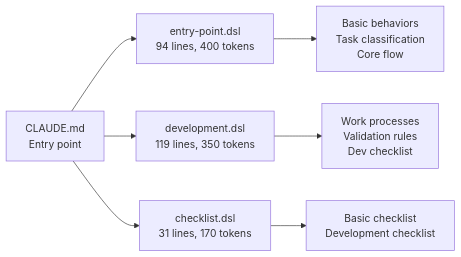
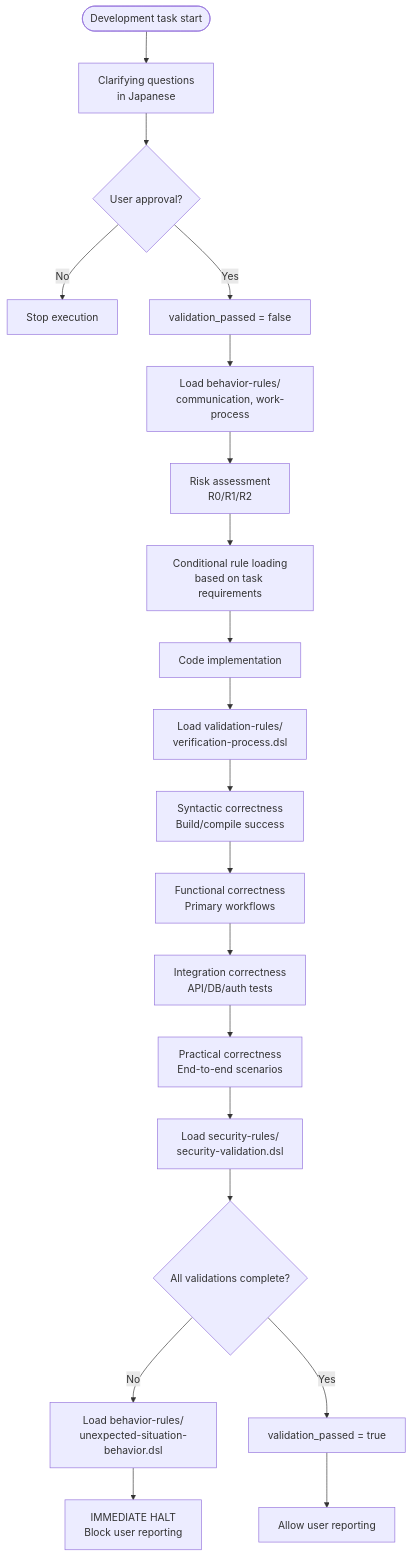
Before and after one commit to reivosar/claude-code-engineering-guide: the fourth of 9 diagrams in dsl/FLOW.md, drawn with Mermaid. The commit also changed other lines of this file, not shown here.

First line of the commit message:
UPDATE: Completely rewrite dsl/FLOW.md to reflect current modular architecture

````diff
--- a/dsl/FLOW.md
+++ b/dsl/FLOW.md
@@ -90,10 +68,26 @@
 ```mermaid
-graph LR
-    CLAUDE_Split[CLAUDE.md<br/>Entry point] --> Core[entry-point.dsl<br/>94 lines, 400 tokens]
-    CLAUDE_Split --> Dev_Split[development.dsl<br/>119 lines, 350 tokens]
-    CLAUDE_Split --> Check[checklist.dsl<br/>31 lines, 170 tokens]
+graph TD
+    DevStart([Development task start]) --> Questions[Clarifying questions<br/>in Japanese]
+    Questions --> UserConfirm{User approval?}
+    UserConfirm -->|No| Stop[Stop execution]
+    UserConfirm -->|Yes| SetVar[validation_passed = false]
     
-    Core --> CoreComp[Basic behaviors<br/>Task classification<br/>Core flow]
-    Dev_Split --> DevComp[Work processes<br/>Validation rules<br/>Dev checklist]
-    Check --> CheckComp[Basic checklist<br/>Development checklist]
+    SetVar --> LoadBehavior[Load behavior-rules/<br/>communication, work-process]
+    LoadBehavior --> RiskAssess[Risk assessment<br/>R0/R1/R2]
+    RiskAssess --> LoadConditional[Conditional rule loading<br/>based on task requirements]
+    
+    LoadConditional --> Implement[Code implementation]
+    Implement --> StartValidation[Load validation-rules/<br/>verification-process.dsl]
+    
+    StartValidation --> Syntactic[Syntactic correctness<br/>Build/compile success]
+    Syntactic --> Functional[Functional correctness<br/>Primary workflows]
+    Functional --> Integration[Integration correctness<br/>API/DB/auth tests]
+    Integration --> Practical[Practical correctness<br/>End-to-end scenarios]
+    
+    Practical --> SecurityCheck[Load security-rules/<br/>security-validation.dsl]
+    SecurityCheck --> AllValidated{All validations complete?}
+    AllValidated -->|No| LoadUnexpected[Load behavior-rules/<br/>unexpected-situation-behavior.dsl]
+    LoadUnexpected --> HaltDev[IMMEDIATE HALT<br/>Block user reporting]
+    AllValidated -->|Yes| SetTrue[validation_passed = true]
+    SetTrue --> ReportOK[Allow user reporting]
 ```
````
